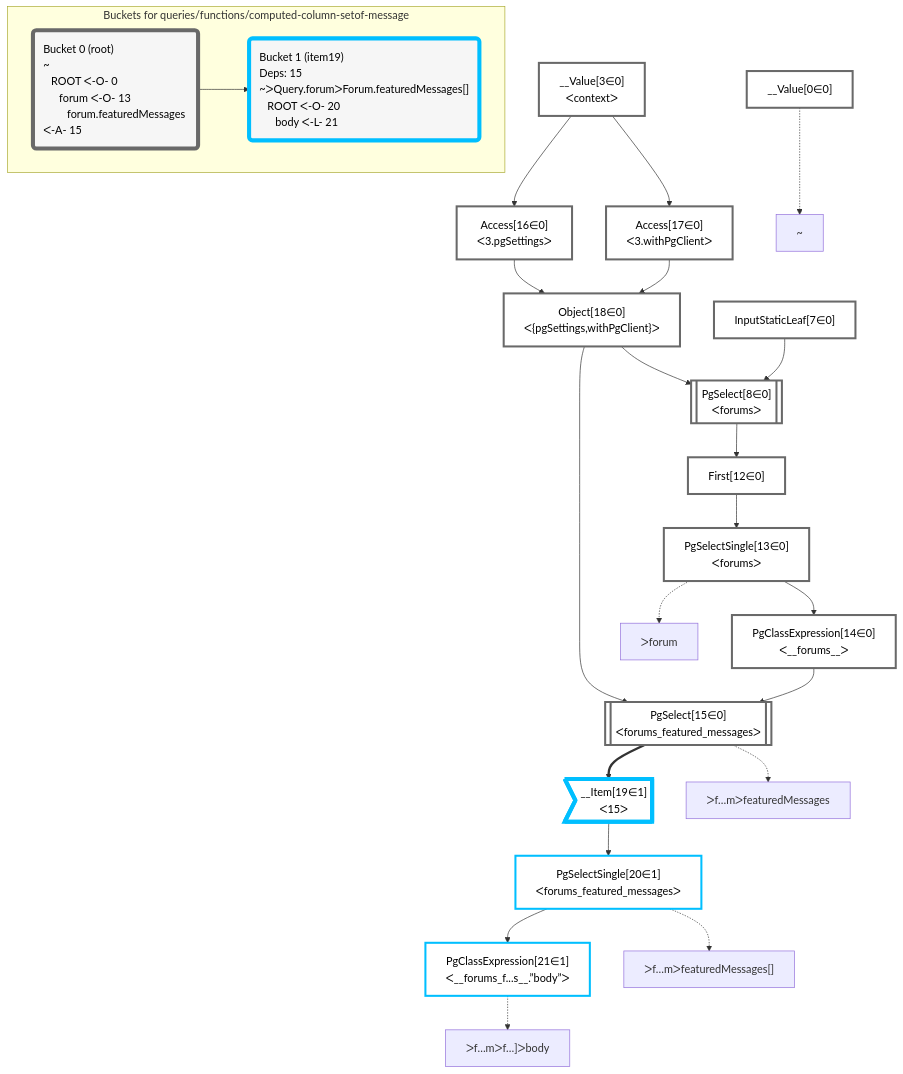
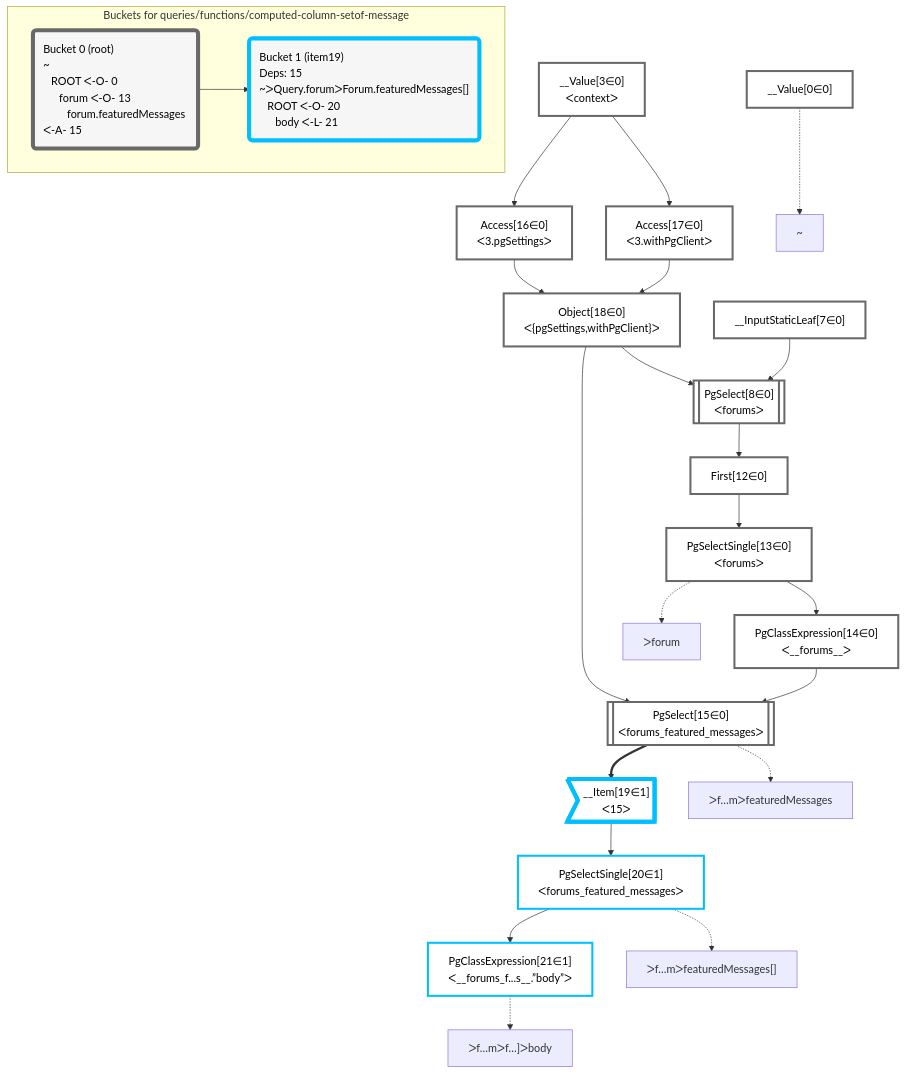
The diagram in packages/dataplan-pg/__tests__/queries/functions/computed-column-setof-message.deopt.mermaid.md (graphile/crystal), drawn with Mermaid before and after one commit. The commit also changed 79 other files, not shown here.

````diff
--- a/packages/dataplan-pg/__tests__/queries/functions/computed-column-setof-message.deopt.mermaid.md
+++ b/packages/dataplan-pg/__tests__/queries/functions/computed-column-setof-message.deopt.mermaid.md
@@ -1,60 +1,60 @@
 ```mermaid
 graph TD
     classDef path fill:#eee,stroke:#000,color:#000
     classDef plan fill:#fff,stroke-width:3px,color:#000
     classDef itemplan fill:#fff,stroke-width:6px,color:#000
     classDef sideeffectplan fill:#f00,stroke-width:6px,color:#000
     classDef bucket fill:#f6f6f6,color:#000,stroke-width:6px,text-align:left
 
 
     %% define plans
     __Value0["__Value[0∈0]"]:::plan
     PgClassExpression21["PgClassExpression[21∈1]<br />ᐸ__forums_f...s__.”body”ᐳ"]:::plan
     PgSelectSingle20["PgSelectSingle[20∈1]<br />ᐸforums_featured_messagesᐳ"]:::plan
     __Item19>"__Item[19∈1]<br />ᐸ15ᐳ"]:::itemplan
     PgSelect15[["PgSelect[15∈0]<br />ᐸforums_featured_messagesᐳ"]]:::plan
     PgClassExpression14["PgClassExpression[14∈0]<br />ᐸ__forums__ᐳ"]:::plan
     PgSelectSingle13["PgSelectSingle[13∈0]<br />ᐸforumsᐳ"]:::plan
     First12["First[12∈0]"]:::plan
     PgSelect8[["PgSelect[8∈0]<br />ᐸforumsᐳ"]]:::plan
     Object18["Object[18∈0]<br />ᐸ{pgSettings,withPgClient}ᐳ"]:::plan
     Access16["Access[16∈0]<br />ᐸ3.pgSettingsᐳ"]:::plan
     Access17["Access[17∈0]<br />ᐸ3.withPgClientᐳ"]:::plan
     __Value3["__Value[3∈0]<br />ᐸcontextᐳ"]:::plan
-    InputStaticLeaf7["InputStaticLeaf[7∈0]"]:::plan
+    __InputStaticLeaf7["__InputStaticLeaf[7∈0]"]:::plan
 
     %% plan dependencies
     PgSelectSingle20 --> PgClassExpression21
     __Item19 --> PgSelectSingle20
     PgSelect15 ==> __Item19
     Object18 & PgClassExpression14 --> PgSelect15
     PgSelectSingle13 --> PgClassExpression14
     First12 --> PgSelectSingle13
     PgSelect8 --> First12
-    Object18 & InputStaticLeaf7 --> PgSelect8
+    Object18 & __InputStaticLeaf7 --> PgSelect8
     Access16 & Access17 --> Object18
     __Value3 --> Access16
     __Value3 --> Access17
 
     %% plan-to-path relationships
     P0["~"]
     __Value0 -.-> P0
     P13["ᐳforum"]
     PgSelectSingle13 -.-> P13
     P15["ᐳf…mᐳfeaturedMessages"]
     PgSelect15 -.-> P15
     P20["ᐳf…mᐳfeaturedMessages[]"]
     PgSelectSingle20 -.-> P20
     P21["ᐳf…mᐳf…]ᐳbody"]
     PgClassExpression21 -.-> P21
 
     subgraph "Buckets for queries/functions/computed-column-setof-message"
     Bucket0("Bucket 0 (root)<br />~<br />⠀ROOT ᐸ-O- 0<br />⠀⠀forum ᐸ-O- 13<br />⠀⠀⠀forum.featuredMessages ᐸ-A- 15"):::bucket
     classDef bucket0 stroke:#696969
-    class Bucket0,__Value0,__Value3,InputStaticLeaf7,PgSelect8,First12,PgSelectSingle13,PgClassExpression14,PgSelect15,Access16,Access17,Object18 bucket0
+    class Bucket0,__Value0,__Value3,__InputStaticLeaf7,PgSelect8,First12,PgSelectSingle13,PgClassExpression14,PgSelect15,Access16,Access17,Object18 bucket0
     Bucket1("Bucket 1 (item19)<br />Deps: 15<br />~ᐳQuery.forumᐳForum.featuredMessages[]<br />⠀ROOT ᐸ-O- 20<br />⠀⠀body ᐸ-L- 21"):::bucket
     classDef bucket1 stroke:#00bfff
     class Bucket1,__Item19,PgSelectSingle20,PgClassExpression21 bucket1
     Bucket0 --> Bucket1
     end
 ```
````
